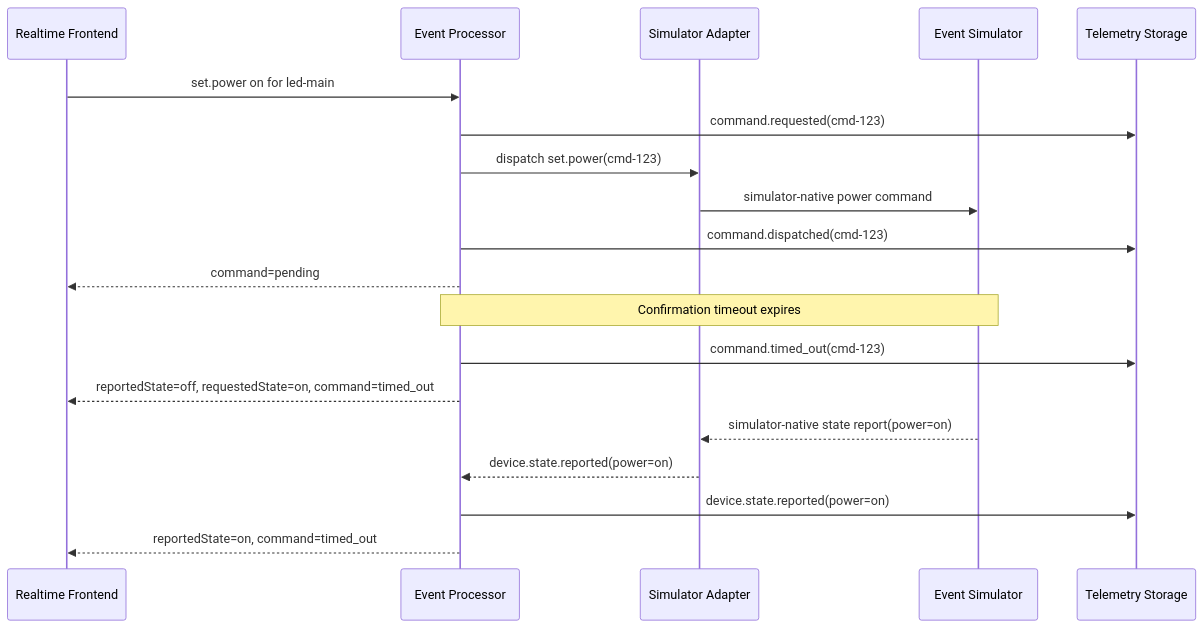
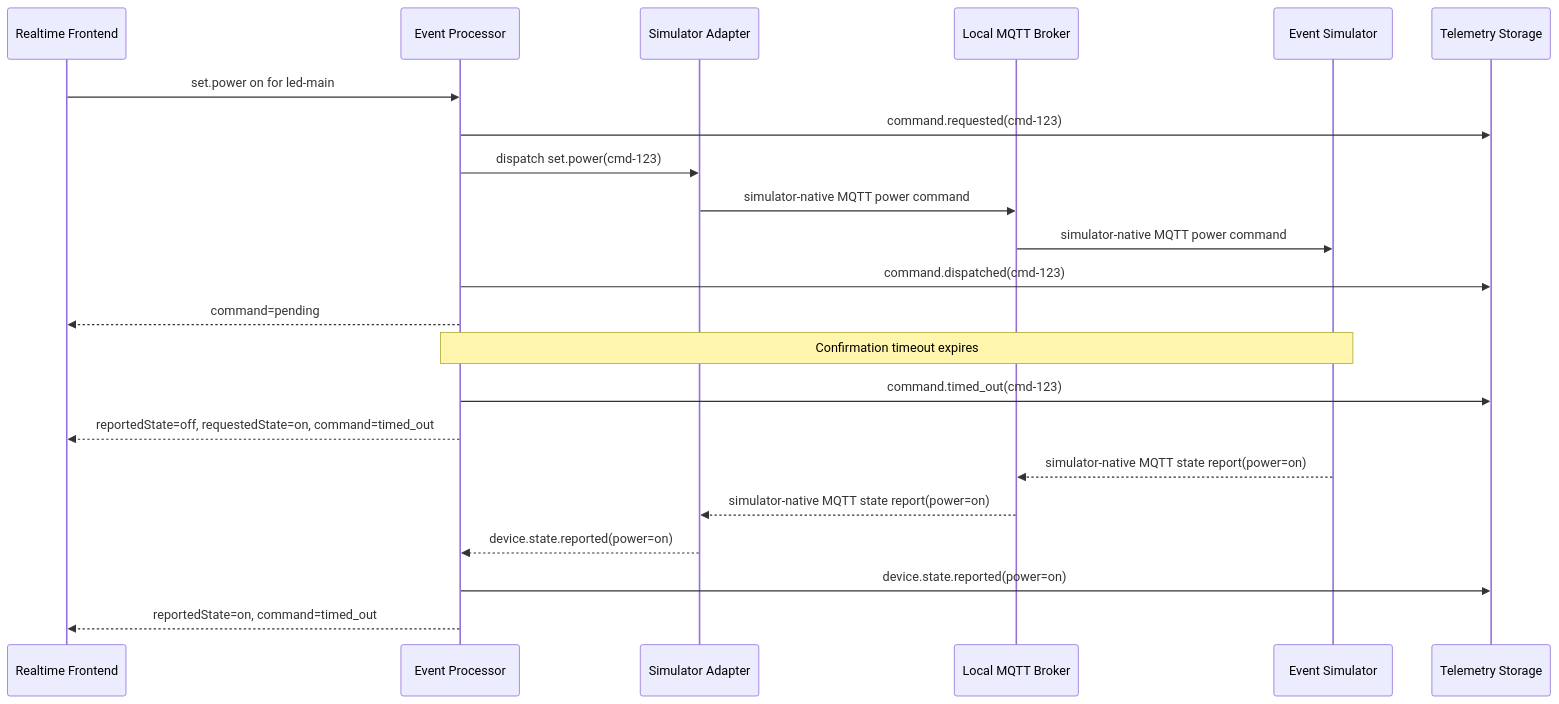
The fourth of 8 diagrams in docs/architecture/examples.md (SzymonAntczak/smart-room-realtime-control-platform), drawn with Mermaid before and after one commit. The commit also changed other lines of this file and 10 other files, not shown here.

Commit message:
Make MQTT the standard simulator runtime

````diff
--- a/docs/architecture/examples.md
+++ b/docs/architecture/examples.md
@@ -94,25 +99,28 @@
 ```mermaid
 sequenceDiagram
     participant UI as Realtime Frontend
     participant EP as Event Processor
     participant SA as Simulator Adapter
+    participant B as Local MQTT Broker
     participant S as Event Simulator
     participant Store as Telemetry Storage
 
     UI->>EP: set.power on for led-main
     EP->>Store: command.requested(cmd-123)
     EP->>SA: dispatch set.power(cmd-123)
-    SA->>S: simulator-native power command
+    SA->>B: simulator-native MQTT power command
+    B->>S: simulator-native MQTT power command
     EP->>Store: command.dispatched(cmd-123)
     EP-->>UI: command=pending
 
     Note over S,EP: Confirmation timeout expires
 
     EP->>Store: command.timed_out(cmd-123)
     EP-->>UI: reportedState=off, requestedState=on, command=timed_out
 
-    S-->>SA: simulator-native state report(power=on)
+    S-->>B: simulator-native MQTT state report(power=on)
+    B-->>SA: simulator-native MQTT state report(power=on)
     SA-->>EP: device.state.reported(power=on)
     EP->>Store: device.state.reported(power=on)
     EP-->>UI: reportedState=on, command=timed_out
 ```
````
